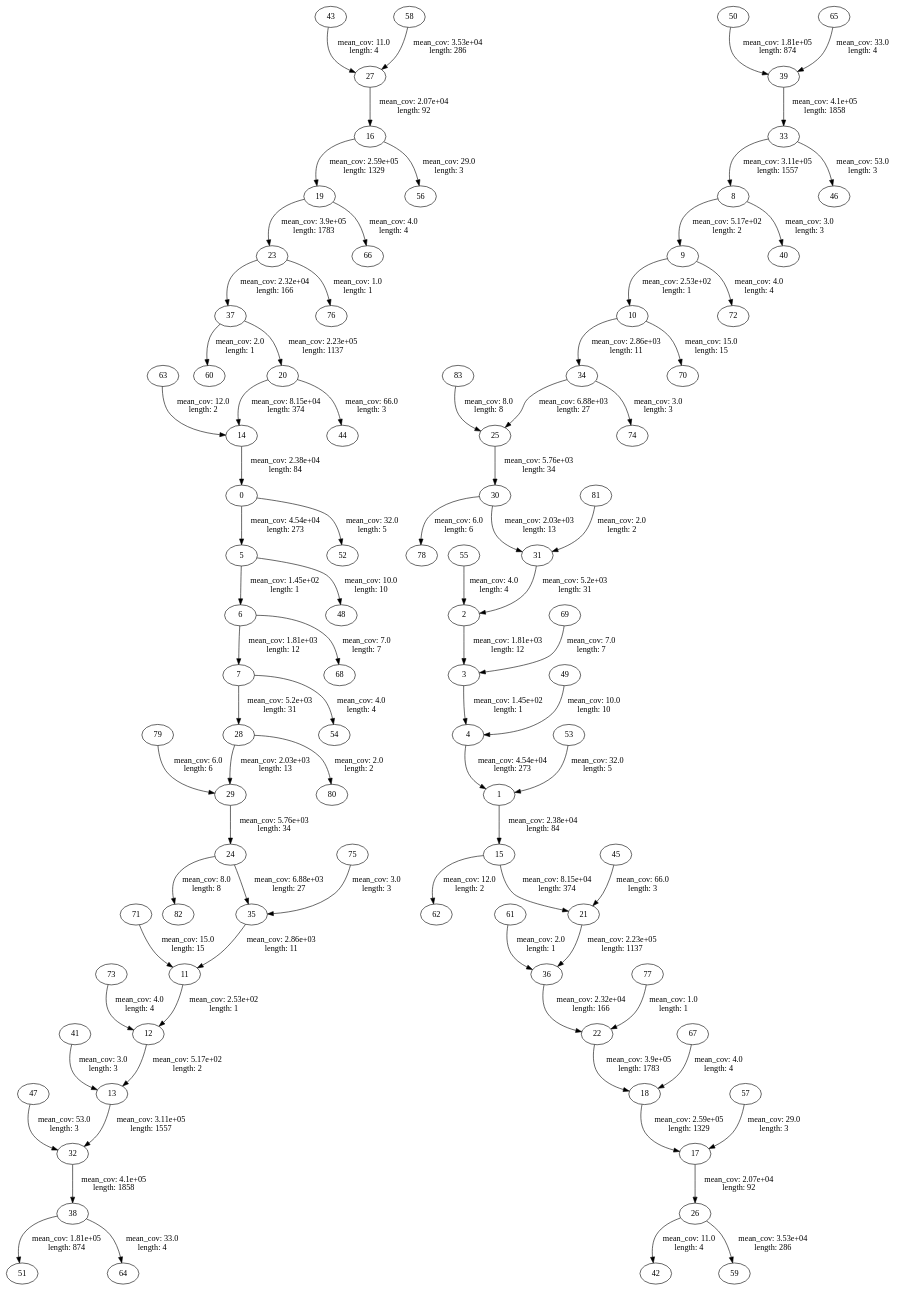
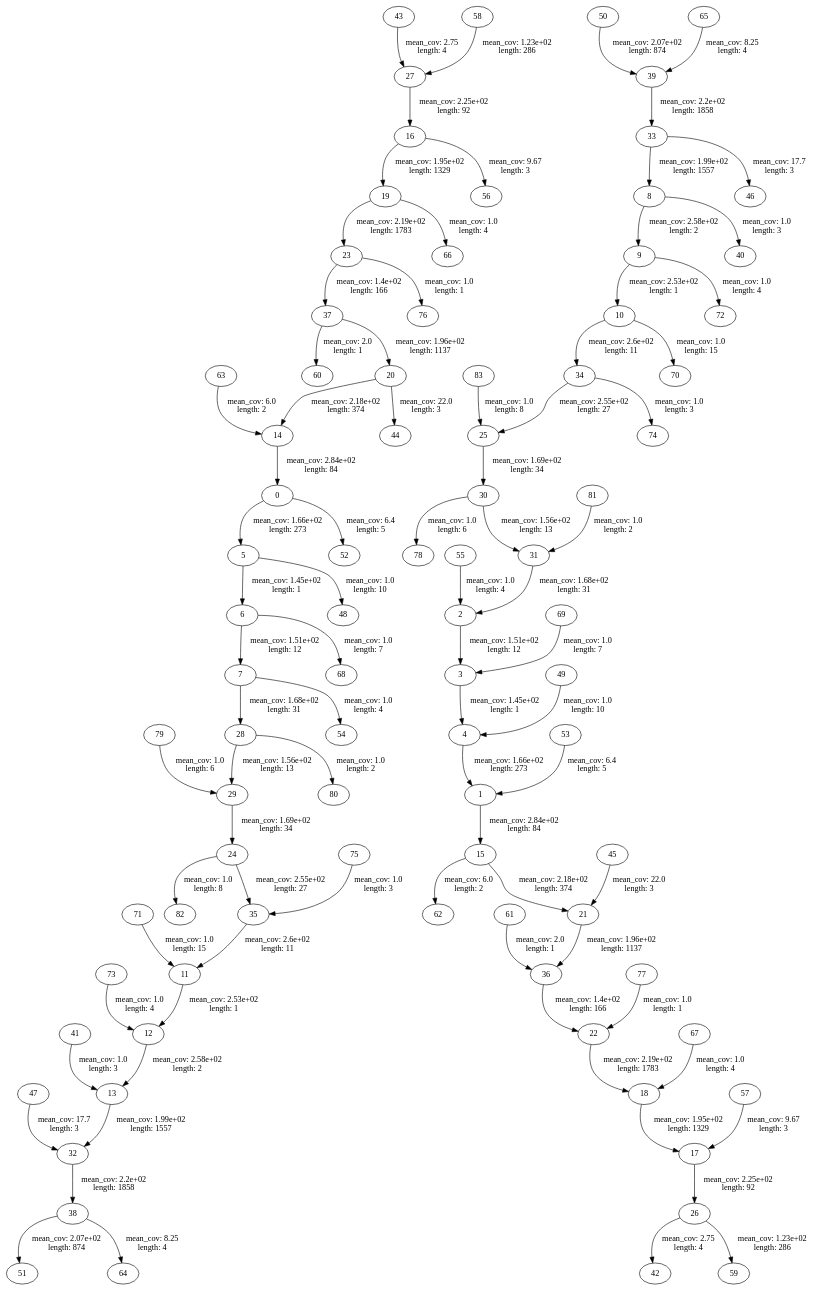
Before and after one commit to isheshukov/bioinf-ngs-course: the diagram in hw5/data/s_6.first10000.dot, drawn with Graphviz. The commit also changed 21 other files, not shown here.

```diff
--- a/hw5/data/s_6.first10000.dot
+++ b/hw5/data/s_6.first10000.dot
@@ -1,17 +1,17 @@
 strict digraph "" {
-	0 -> 5	 [label="mean_cov: 4.54e+04
+	0 -> 5	 [label="mean_cov: 1.66e+02
  length: 273",
 		length=273,
 		mean_cov=166.4102564102564];
-	0 -> 52	 [label="mean_cov: 32.0
+	0 -> 52	 [label="mean_cov: 6.4
  length: 5",
 		length=5,
 		mean_cov=6.4];
-	1 -> 15	 [label="mean_cov: 2.38e+04
+	1 -> 15	 [label="mean_cov: 2.84e+02
  length: 84",
 		length=84,
 		mean_cov=283.5595238095238];
-	2 -> 3	 [label="mean_cov: 1.81e+03
+	2 -> 3	 [label="mean_cov: 1.51e+02
  length: 12",
 		length=12,
 		mean_cov=150.58333333333334];
@@ -19,7 +19,7 @@
  length: 1",
 		length=1,
 		mean_cov=145.0];
-	4 -> 1	 [label="mean_cov: 4.54e+04
+	4 -> 1	 [label="mean_cov: 1.66e+02
  length: 273",
 		length=273,
 		mean_cov=166.4102564102564];
@@ -27,31 +27,31 @@
  length: 1",
 		length=1,
 		mean_cov=145.0];
-	5 -> 48	 [label="mean_cov: 10.0
+	5 -> 48	 [label="mean_cov: 1.0
  length: 10",
 		length=10,
 		mean_cov=1.0];
-	6 -> 7	 [label="mean_cov: 1.81e+03
+	6 -> 7	 [label="mean_cov: 1.51e+02
  length: 12",
 		length=12,
 		mean_cov=150.58333333333334];
-	6 -> 68	 [label="mean_cov: 7.0
+	6 -> 68	 [label="mean_cov: 1.0
  length: 7",
 		length=7,
 		mean_cov=1.0];
-	7 -> 28	 [label="mean_cov: 5.2e+03
+	7 -> 28	 [label="mean_cov: 1.68e+02
  length: 31",
 		length=31,
 		mean_cov=167.80645161290323];
-	7 -> 54	 [label="mean_cov: 4.0
+	7 -> 54	 [label="mean_cov: 1.0
  length: 4",
 		length=4,
 		mean_cov=1.0];
-	8 -> 9	 [label="mean_cov: 5.17e+02
+	8 -> 9	 [label="mean_cov: 2.58e+02
  length: 2",
 		length=2,
 		mean_cov=258.5];
-	8 -> 40	 [label="mean_cov: 3.0
+	8 -> 40	 [label="mean_cov: 1.0
  length: 3",
 		length=3,
 		mean_cov=1.0];
@@ -59,15 +59,15 @@
  length: 1",
 		length=1,
 		mean_cov=253.0];
-	9 -> 72	 [label="mean_cov: 4.0
+	9 -> 72	 [label="mean_cov: 1.0
  length: 4",
 		length=4,
 		mean_cov=1.0];
-	10 -> 34	 [label="mean_cov: 2.86e+03
+	10 -> 34	 [label="mean_cov: 2.6e+02
  length: 11",
 		length=11,
 		mean_cov=260.1818181818182];
-	10 -> 70	 [label="mean_cov: 15.0
+	10 -> 70	 [label="mean_cov: 1.0
  length: 15",
 		length=15,
 		mean_cov=1.0];
@@ -75,67 +75,67 @@
  length: 1",
 		length=1,
 		mean_cov=253.0];
-	12 -> 13	 [label="mean_cov: 5.17e+02
+	12 -> 13	 [label="mean_cov: 2.58e+02
  length: 2",
 		length=2,
 		mean_cov=258.5];
-	13 -> 32	 [label="mean_cov: 3.11e+05
+	13 -> 32	 [label="mean_cov: 1.99e+02
  length: 1557",
 		length=1557,
 		mean_cov=199.43802183686577];
-	14 -> 0	 [label="mean_cov: 2.38e+04
+	14 -> 0	 [label="mean_cov: 2.84e+02
  length: 84",
 		length=84,
 		mean_cov=283.5595238095238];
-	15 -> 21	 [label="mean_cov: 8.15e+04
+	15 -> 21	 [label="mean_cov: 2.18e+02
  length: 374",
 		length=374,
 		mean_cov=218.02673796791444];
-	15 -> 62	 [label="mean_cov: 12.0
+	15 -> 62	 [label="mean_cov: 6.0
  length: 2",
 		length=2,
 		mean_cov=6.0];
-	16 -> 19	 [label="mean_cov: 2.59e+05
+	16 -> 19	 [label="mean_cov: 1.95e+02
  length: 1329",
 		length=1329,
 		mean_cov=195.150489089541];
-	16 -> 56	 [label="mean_cov: 29.0
+	16 -> 56	 [label="mean_cov: 9.67
  length: 3",
 		length=3,
 		mean_cov=9.666666666666666];
-	17 -> 26	 [label="mean_cov: 2.07e+04
+	17 -> 26	 [label="mean_cov: 2.25e+02
  length: 92",
 		length=92,
 		mean_cov=224.6195652173913];
-	18 -> 17	 [label="mean_cov: 2.59e+05
+	18 -> 17	 [label="mean_cov: 1.95e+02
  length: 1329",
 		length=1329,
 		mean_cov=195.150489089541];
-	19 -> 23	 [label="mean_cov: 3.9e+05
+	19 -> 23	 [label="mean_cov: 2.19e+02
  length: 1783",
 		length=1783,
 		mean_cov=219.00280426247897];
-	19 -> 66	 [label="mean_cov: 4.0
+	19 -> 66	 [label="mean_cov: 1.0
  length: 4",
 		length=4,
 		mean_cov=1.0];
-	20 -> 14	 [label="mean_cov: 8.15e+04
+	20 -> 14	 [label="mean_cov: 2.18e+02
  length: 374",
 		length=374,
 		mean_cov=218.02673796791444];
-	20 -> 44	 [label="mean_cov: 66.0
+	20 -> 44	 [label="mean_cov: 22.0
  length: 3",
 		length=3,
 		mean_cov=22.0];
-	21 -> 36	 [label="mean_cov: 2.23e+05
+	21 -> 36	 [label="mean_cov: 1.96e+02
  length: 1137",
 		length=1137,
 		mean_cov=195.72911169744944];
-	22 -> 18	 [label="mean_cov: 3.9e+05
+	22 -> 18	 [label="mean_cov: 2.19e+02
  length: 1783",
 		length=1783,
 		mean_cov=219.00280426247897];
-	23 -> 37	 [label="mean_cov: 2.32e+04
+	23 -> 37	 [label="mean_cov: 1.4e+02
  length: 166",
 		length=166,
 		mean_cov=139.77710843373495];
@@ -143,83 +143,83 @@
  length: 1",
 		length=1,
 		mean_cov=1.0];
-	24 -> 35	 [label="mean_cov: 6.88e+03
+	24 -> 35	 [label="mean_cov: 2.55e+02
  length: 27",
 		length=27,
 		mean_cov=255.0];
-	24 -> 82	 [label="mean_cov: 8.0
+	24 -> 82	 [label="mean_cov: 1.0
  length: 8",
 		length=8,
 		mean_cov=1.0];
-	25 -> 30	 [label="mean_cov: 5.76e+03
+	25 -> 30	 [label="mean_cov: 1.69e+02
  length: 34",
 		length=34,
 		mean_cov=169.2941176470588];
-	26 -> 42	 [label="mean_cov: 11.0
+	26 -> 42	 [label="mean_cov: 2.75
  length: 4",
 		length=4,
 		mean_cov=2.75];
-	26 -> 59	 [label="mean_cov: 3.53e+04
+	26 -> 59	 [label="mean_cov: 1.23e+02
  length: 286",
 		length=286,
 		mean_cov=123.48251748251748];
-	27 -> 16	 [label="mean_cov: 2.07e+04
+	27 -> 16	 [label="mean_cov: 2.25e+02
  length: 92",
 		length=92,
 		mean_cov=224.6195652173913];
-	28 -> 29	 [label="mean_cov: 2.03e+03
+	28 -> 29	 [label="mean_cov: 1.56e+02
  length: 13",
 		length=13,
 		mean_cov=156.0];
-	28 -> 80	 [label="mean_cov: 2.0
+	28 -> 80	 [label="mean_cov: 1.0
  length: 2",
 		length=2,
 		mean_cov=1.0];
-	29 -> 24	 [label="mean_cov: 5.76e+03
+	29 -> 24	 [label="mean_cov: 1.69e+02
  length: 34",
 		length=34,
 		mean_cov=169.2941176470588];
-	30 -> 31	 [label="mean_cov: 2.03e+03
+	30 -> 31	 [label="mean_cov: 1.56e+02
  length: 13",
 		length=13,
 		mean_cov=156.0];
-	30 -> 78	 [label="mean_cov: 6.0
+	30 -> 78	 [label="mean_cov: 1.0
  length: 6",
 		length=6,
 		mean_cov=1.0];
-	31 -> 2	 [label="mean_cov: 5.2e+03
+	31 -> 2	 [label="mean_cov: 1.68e+02
  length: 31",
 		length=31,
 		mean_cov=167.80645161290323];
-	32 -> 38	 [label="mean_cov: 4.1e+05
+	32 -> 38	 [label="mean_cov: 2.2e+02
  length: 1858",
 		length=1858,
 		mean_cov=220.39827771797633];
-	33 -> 8	 [label="mean_cov: 3.11e+05
+	33 -> 8	 [label="mean_cov: 1.99e+02
  length: 1557",
 		length=1557,
 		mean_cov=199.43802183686577];
-	33 -> 46	 [label="mean_cov: 53.0
+	33 -> 46	 [label="mean_cov: 17.7
  length: 3",
 		length=3,
 		mean_cov=17.666666666666668];
-	34 -> 25	 [label="mean_cov: 6.88e+03
+	34 -> 25	 [label="mean_cov: 2.55e+02
  length: 27",
 		length=27,
 		mean_cov=255.0];
-	34 -> 74	 [label="mean_cov: 3.0
+	34 -> 74	 [label="mean_cov: 1.0
  length: 3",
 		length=3,
 		mean_cov=1.0];
-	35 -> 11	 [label="mean_cov: 2.86e+03
+	35 -> 11	 [label="mean_cov: 2.6e+02
  length: 11",
 		length=11,
 		mean_cov=260.1818181818182];
-	36 -> 22	 [label="mean_cov: 2.32e+04
+	36 -> 22	 [label="mean_cov: 1.4e+02
  length: 166",
 		length=166,
 		mean_cov=139.77710843373495];
-	37 -> 20	 [label="mean_cov: 2.23e+05
+	37 -> 20	 [label="mean_cov: 1.96e+02
  length: 1137",
 		length=1137,
 		mean_cov=195.72911169744944];
@@ -227,55 +227,55 @@
  length: 1",
 		length=1,
 		mean_cov=2.0];
-	38 -> 51	 [label="mean_cov: 1.81e+05
+	38 -> 51	 [label="mean_cov: 2.07e+02
  length: 874",
 		length=874,
 		mean_cov=207.23569794050343];
-	38 -> 64	 [label="mean_cov: 33.0
+	38 -> 64	 [label="mean_cov: 8.25
  length: 4",
 		length=4,
 		mean_cov=8.25];
-	39 -> 33	 [label="mean_cov: 4.1e+05
+	39 -> 33	 [label="mean_cov: 2.2e+02
  length: 1858",
 		length=1858,
 		mean_cov=220.39827771797633];
-	41 -> 13	 [label="mean_cov: 3.0
+	41 -> 13	 [label="mean_cov: 1.0
  length: 3",
 		length=3,
 		mean_cov=1.0];
-	43 -> 27	 [label="mean_cov: 11.0
+	43 -> 27	 [label="mean_cov: 2.75
  length: 4",
 		length=4,
 		mean_cov=2.75];
-	45 -> 21	 [label="mean_cov: 66.0
+	45 -> 21	 [label="mean_cov: 22.0
  length: 3",
 		length=3,
 		mean_cov=22.0];
-	47 -> 32	 [label="mean_cov: 53.0
+	47 -> 32	 [label="mean_cov: 17.7
  length: 3",
 		length=3,
 		mean_cov=17.666666666666668];
-	49 -> 4	 [label="mean_cov: 10.0
+	49 -> 4	 [label="mean_cov: 1.0
  length: 10",
 		length=10,
 		mean_cov=1.0];
-	50 -> 39	 [label="mean_cov: 1.81e+05
+	50 -> 39	 [label="mean_cov: 2.07e+02
  length: 874",
 		length=874,
 		mean_cov=207.23569794050343];
-	53 -> 1	 [label="mean_cov: 32.0
+	53 -> 1	 [label="mean_cov: 6.4
  length: 5",
 		length=5,
 		mean_cov=6.4];
-	55 -> 2	 [label="mean_cov: 4.0
+	55 -> 2	 [label="mean_cov: 1.0
  length: 4",
 		length=4,
 		mean_cov=1.0];
-	57 -> 17	 [label="mean_cov: 29.0
+	57 -> 17	 [label="mean_cov: 9.67
  length: 3",
 		length=3,
 		mean_cov=9.666666666666666];
-	58 -> 27	 [label="mean_cov: 3.53e+04
+	58 -> 27	 [label="mean_cov: 1.23e+02
  length: 286",
 		length=286,
 		mean_cov=123.48251748251748];
@@ -283,31 +283,31 @@
  length: 1",
 		length=1,
 		mean_cov=2.0];
-	63 -> 14	 [label="mean_cov: 12.0
+	63 -> 14	 [label="mean_cov: 6.0
  length: 2",
 		length=2,
 		mean_cov=6.0];
-	65 -> 39	 [label="mean_cov: 33.0
+	65 -> 39	 [label="mean_cov: 8.25
  length: 4",
 		length=4,
 		mean_cov=8.25];
-	67 -> 18	 [label="mean_cov: 4.0
+	67 -> 18	 [label="mean_cov: 1.0
  length: 4",
 		length=4,
 		mean_cov=1.0];
-	69 -> 3	 [label="mean_cov: 7.0
+	69 -> 3	 [label="mean_cov: 1.0
  length: 7",
 		length=7,
 		mean_cov=1.0];
-	71 -> 11	 [label="mean_cov: 15.0
+	71 -> 11	 [label="mean_cov: 1.0
  length: 15",
 		length=15,
 		mean_cov=1.0];
-	73 -> 12	 [label="mean_cov: 4.0
+	73 -> 12	 [label="mean_cov: 1.0
  length: 4",
 		length=4,
 		mean_cov=1.0];
-	75 -> 35	 [label="mean_cov: 3.0
+	75 -> 35	 [label="mean_cov: 1.0
  length: 3",
 		length=3,
 		mean_cov=1.0];
@@ -315,15 +315,15 @@
  length: 1",
 		length=1,
 		mean_cov=1.0];
-	79 -> 29	 [label="mean_cov: 6.0
+	79 -> 29	 [label="mean_cov: 1.0
  length: 6",
 		length=6,
 		mean_cov=1.0];
-	81 -> 31	 [label="mean_cov: 2.0
+	81 -> 31	 [label="mean_cov: 1.0
  length: 2",
 		length=2,
 		mean_cov=1.0];
-	83 -> 25	 [label="mean_cov: 8.0
+	83 -> 25	 [label="mean_cov: 1.0
  length: 8",
 		length=8,
 		mean_cov=1.0];
```
